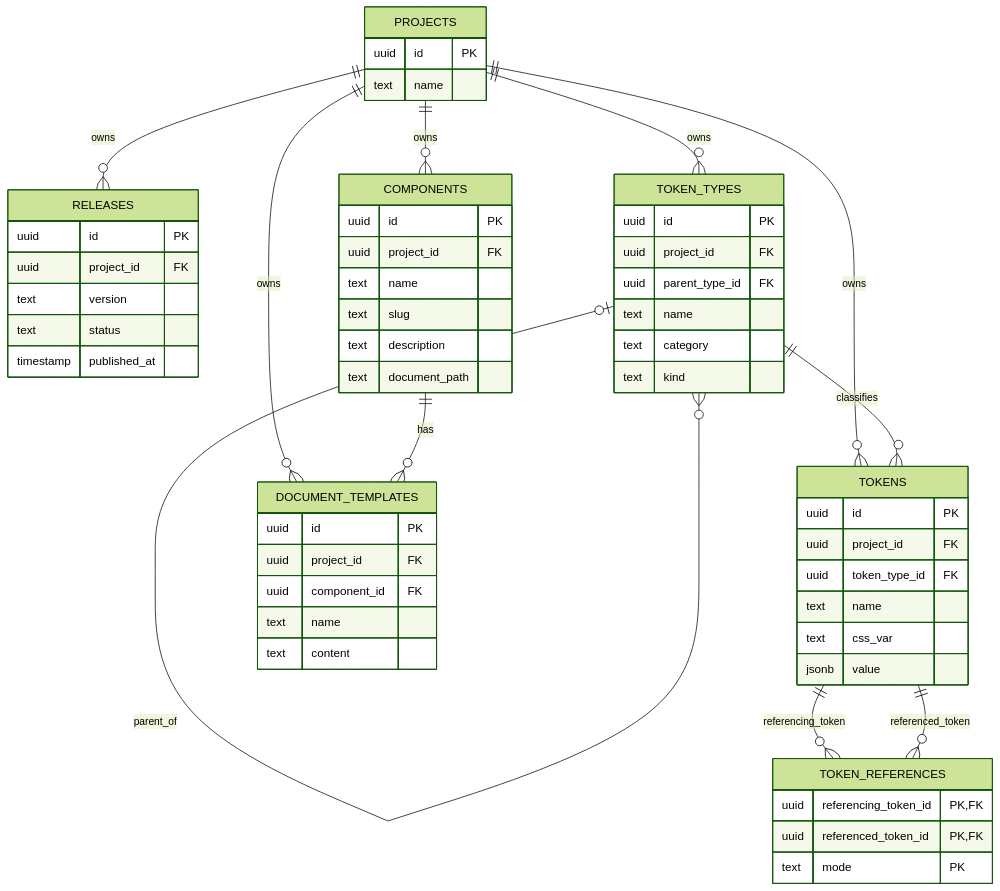
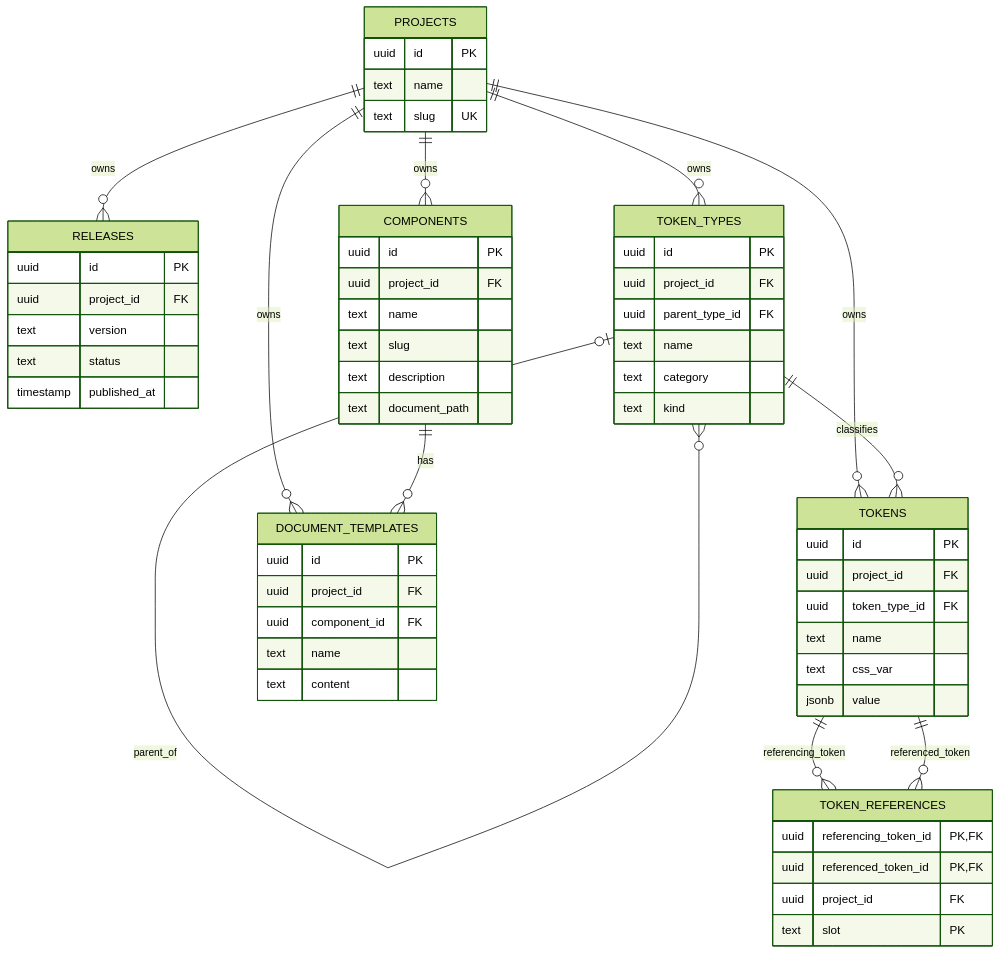
One commit to JinKim1011/dso changed the diagram in docs/database/er-model.md. Above: the diagram before and after it, drawn with Mermaid (forest theme).

Commit message:
doc(er-model): add slug field to projects and project_id with slot to token_references

````diff
--- a/docs/database/er-model.md
+++ b/docs/database/er-model.md
@@ -5,70 +5,72 @@
 ```mermaid
 erDiagram
     PROJECTS ||--o{ RELEASES : owns
     PROJECTS ||--o{ TOKEN_TYPES : owns
     PROJECTS ||--o{ TOKENS : owns
     PROJECTS ||--o{ COMPONENTS : owns
     PROJECTS ||--o{ DOCUMENT_TEMPLATES : owns
 
     TOKEN_TYPES o|--o{ TOKEN_TYPES : parent_of
     TOKEN_TYPES ||--o{ TOKENS : classifies
 
     TOKENS ||--o{ TOKEN_REFERENCES : referencing_token
     TOKENS ||--o{ TOKEN_REFERENCES : referenced_token
 
     COMPONENTS ||--o{ DOCUMENT_TEMPLATES : has
 
     PROJECTS {
         uuid id PK
         text name
+        text slug UK
     }
 
     RELEASES {
         uuid id PK
         uuid project_id FK
         text version
         text status
         timestamp published_at
     }
 
     TOKEN_TYPES {
         uuid id PK
         uuid project_id FK
         uuid parent_type_id FK
         text name
         text category
         text kind
     }
 
     TOKENS {
         uuid id PK
         uuid project_id FK
         uuid token_type_id FK
         text name
         text css_var
         jsonb value
     }
 
     TOKEN_REFERENCES {
         uuid referencing_token_id PK, FK
         uuid referenced_token_id PK, FK
-        text mode PK
+        uuid project_id FK
+        text slot PK
     }
 
     COMPONENTS {
         uuid id PK
         uuid project_id FK
         text name
         text slug
         text description
         text document_path
     }
 
     DOCUMENT_TEMPLATES {
         uuid id PK
         uuid project_id FK
         uuid component_id FK
         text name
         text content
     }
 ```
````
